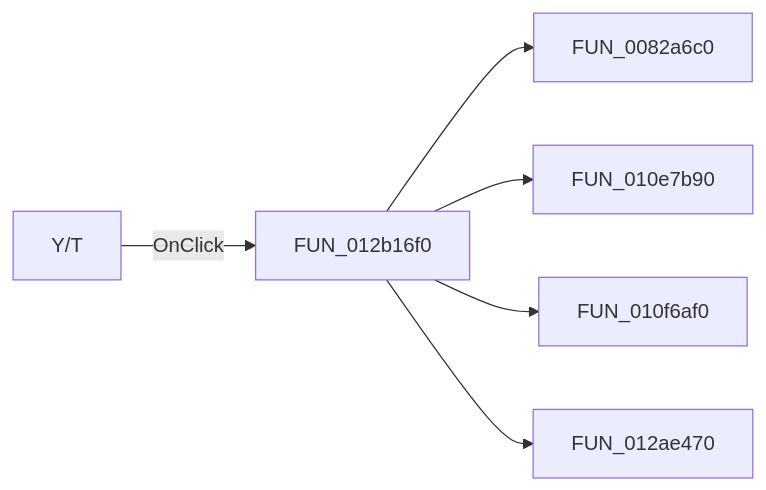
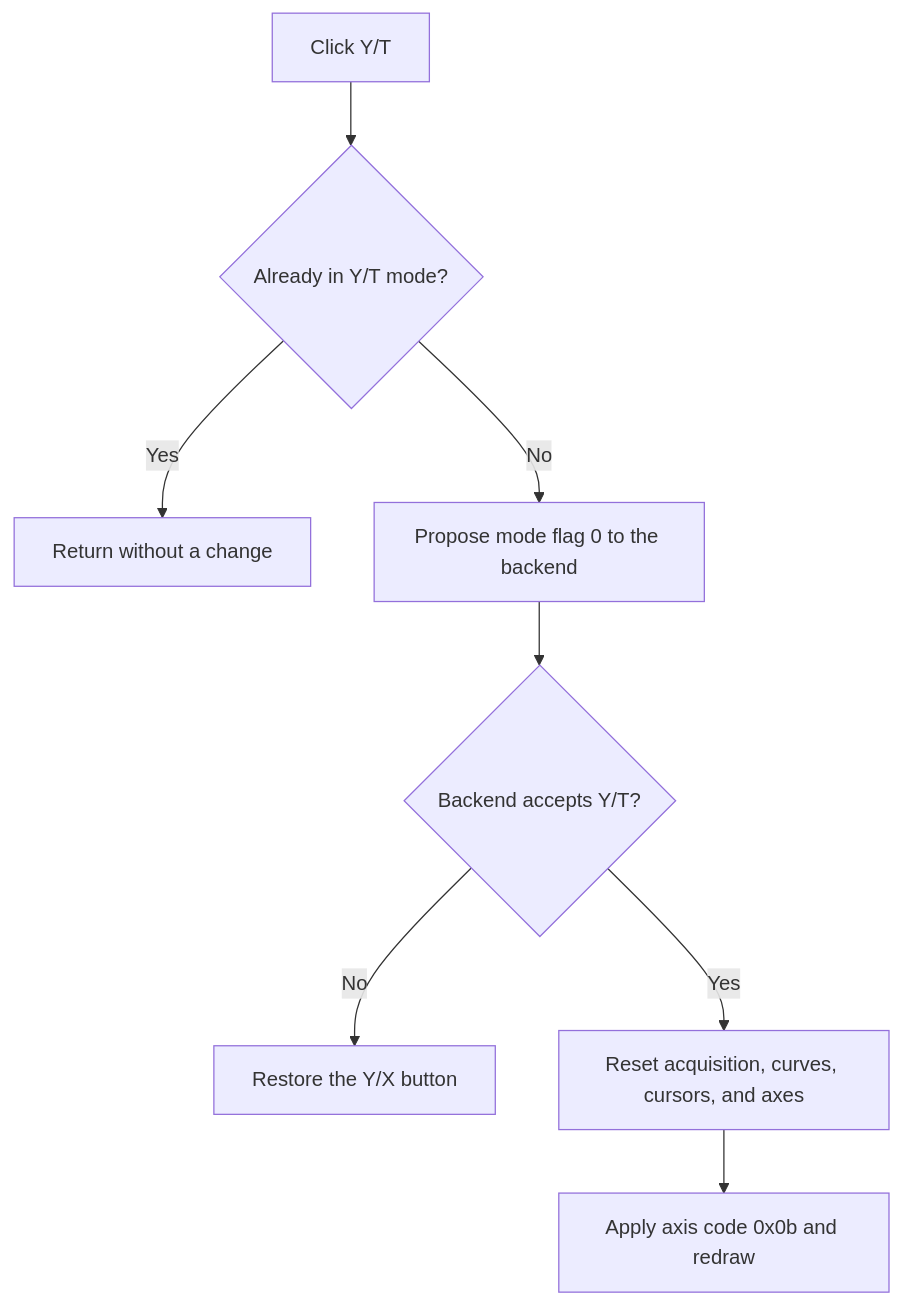
Before and after one commit to MovGP0/TIARA: the diagram in docs/ui-controls/scopewin/ytspeedbtn-e4da71b6ac.md, drawn with Mermaid. The commit also changed other lines of this file and 1062 other files, not shown here.

````diff
--- a/docs/ui-controls/scopewin/ytspeedbtn-e4da71b6ac.md
+++ b/docs/ui-controls/scopewin/ytspeedbtn-e4da71b6ac.md
@@ -27,8 +29,10 @@
 ```mermaid
-flowchart LR
-    control["Y/T"] -->|OnClick| handler["FUN_012b16f0"]
-    handler --> call1["FUN_0082a6c0"]
-    handler --> call2["FUN_010e7b90"]
-    handler --> call3["FUN_010f6af0"]
-    handler --> call4["FUN_012ae470"]
+flowchart TD
+    control["Click Y/T"] --> current{"Already in Y/T mode?"}
+    current -->|Yes| noAction["Return without a change"]
+    current -->|No| propose["Propose mode flag 0 to the backend"]
+    propose --> accepted{"Backend accepts Y/T?"}
+    accepted -->|No| restore["Restore the Y/X button"]
+    accepted -->|Yes| reset["Reset acquisition, curves, cursors, and axes"]
+    reset --> redraw["Apply axis code 0x0b and redraw"]
 ```
````
